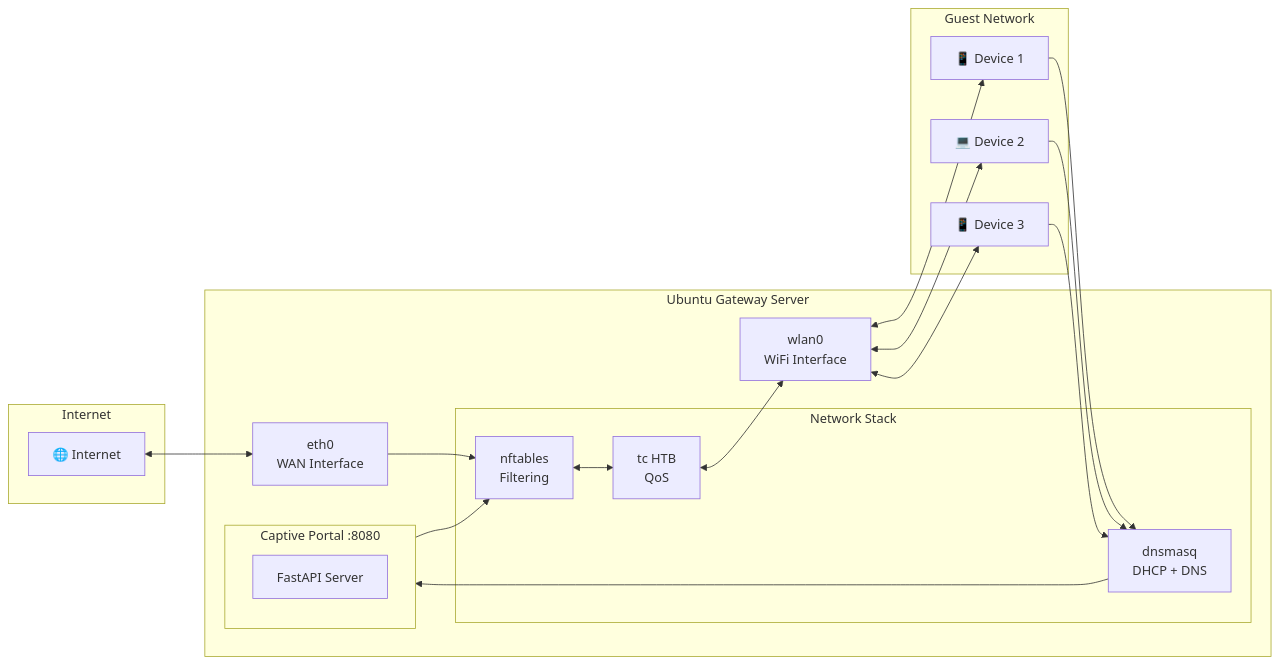
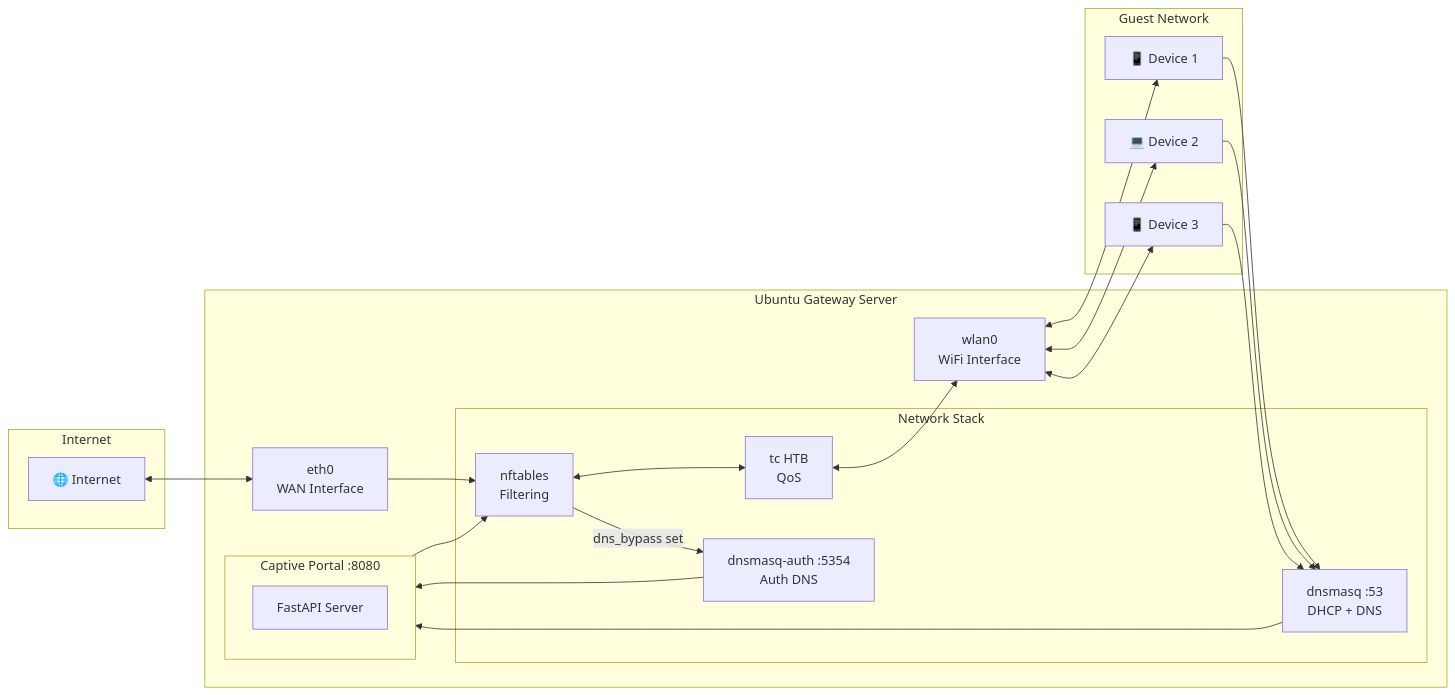
One commit to anirut/WiFi-Captive-Portal changed the fourth of 8 diagrams in README.md. Above: the diagram before and after it, drawn with Mermaid. The commit also changed other lines of this file, not shown here.

First line of the commit message:
docs(readme): update to reflect dual DNS architecture and logout.wifi feature

````diff
--- a/README.md
+++ b/README.md
@@ -172,36 +182,39 @@
 ```mermaid
 flowchart LR
     subgraph Internet
         WWW[🌐 Internet]
     end
 
     subgraph Gateway["Ubuntu Gateway Server"]
         WAN[eth0<br/>WAN Interface]
         WIFI[wlan0<br/>WiFi Interface]
 
         subgraph Portal["Captive Portal :8080"]
             HTTP[FastAPI Server]
         end
 
         subgraph NetStack["Network Stack"]
             NFT[nftables<br/>Filtering]
             HTC[tc HTB<br/>QoS]
-            DNSM[dnsmasq<br/>DHCP + DNS]
+            DNSM[dnsmasq :53<br/>DHCP + DNS]
+            DNSA[dnsmasq-auth :5354<br/>Auth DNS]
         end
     end
 
     subgraph Guests["Guest Network"]
         D1[📱 Device 1]
         D2[💻 Device 2]
         D3[📱 Device 3]
     end
 
     WWW <--> WAN
     WAN --> NFT
     NFT <--> HTC
     HTC <--> WIFI
     WIFI <--> D1 & D2 & D3
     D1 & D2 & D3 --> DNSM
     DNSM --> Portal
+    DNSA --> Portal
+    NFT -->|dns_bypass set| DNSA
     Portal --> NFT
 ```
````
